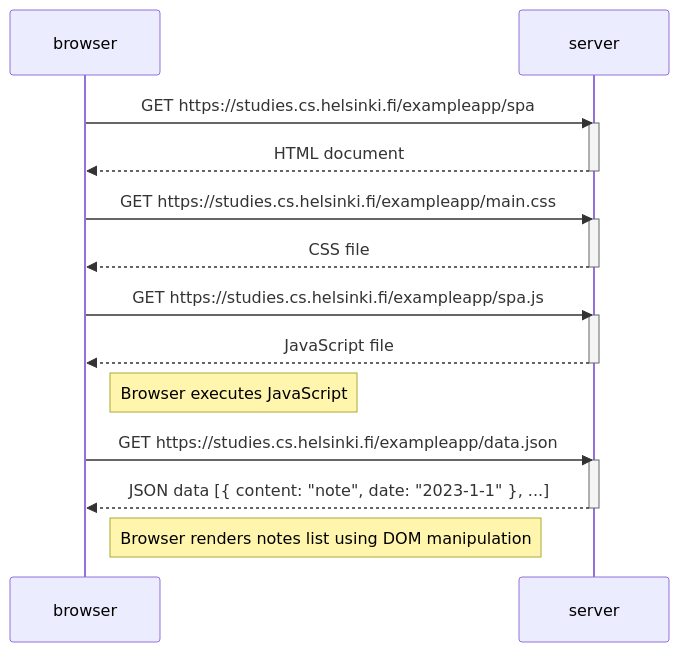
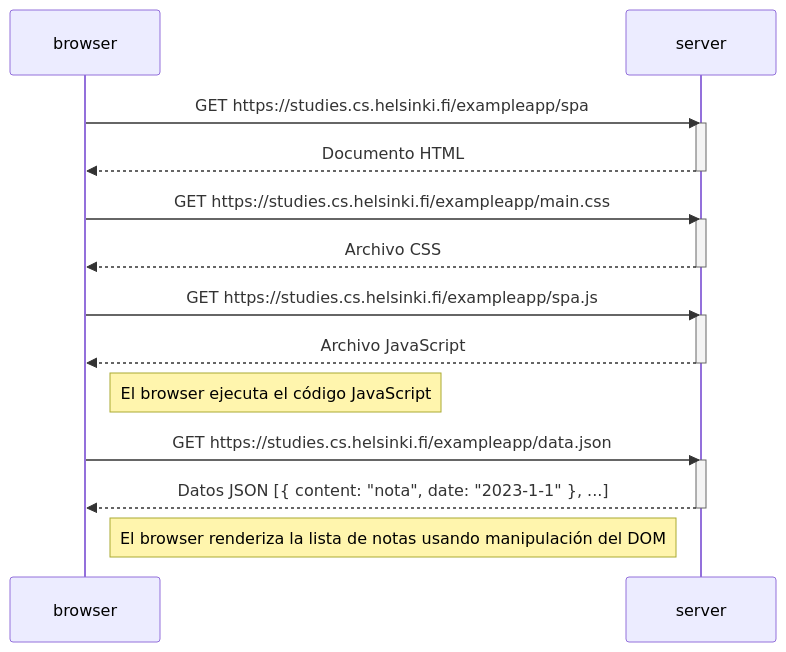
The diagram in part0/exercise0.5.md (pgroba23/fullstackopen), drawn with Mermaid before and after one commit. The commit also changed other lines of this file and 2 other files, not shown here.

Commit message:
Actualizar ejercicios 0.4-0.6 al castellano

````diff
--- a/part0/exercise0.5.md
+++ b/part0/exercise0.5.md
@@ -3,29 +3,29 @@
 ```mermaid
 sequenceDiagram
     participant browser
     participant server
 
     browser->>server: GET https://studies.cs.helsinki.fi/exampleapp/spa
     activate server
-    server-->>browser: HTML document
+    server-->>browser: Documento HTML
     deactivate server
 
     browser->>server: GET https://studies.cs.helsinki.fi/exampleapp/main.css
     activate server
-    server-->>browser: CSS file
+    server-->>browser: Archivo CSS
     deactivate server
 
     browser->>server: GET https://studies.cs.helsinki.fi/exampleapp/spa.js
     activate server
-    server-->>browser: JavaScript file
+    server-->>browser: Archivo JavaScript
     deactivate server
 
-    Note right of browser: Browser executes JavaScript
+    Note right of browser: El browser ejecuta el código JavaScript
 
     browser->>server: GET https://studies.cs.helsinki.fi/exampleapp/data.json
     activate server
-    server-->>browser: JSON data [{ content: "note", date: "2023-1-1" }, ...]
+    server-->>browser: Datos JSON [{ content: "nota", date: "2023-1-1" }, ...]
     deactivate server
 
-    Note right of browser: Browser renders notes list using DOM manipulation
+    Note right of browser: El browser renderiza la lista de notas usando manipulación del DOM
 ```
````
